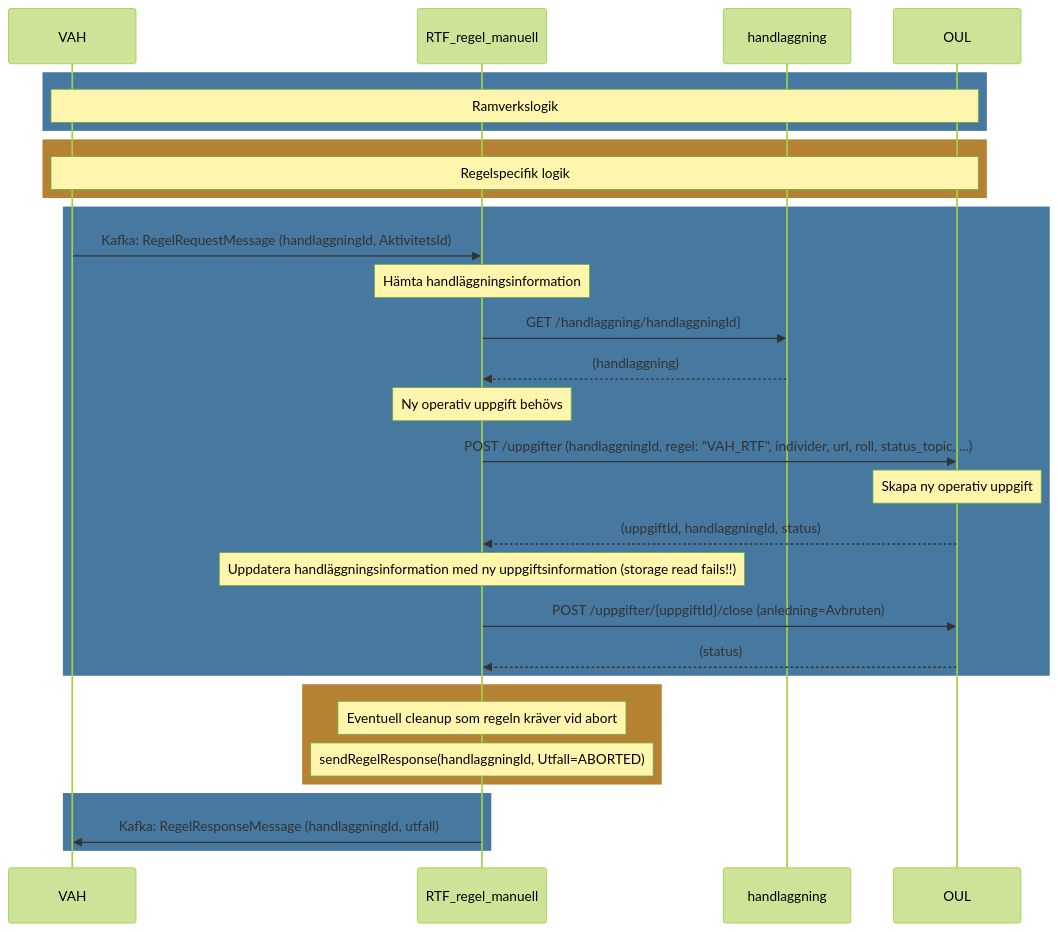
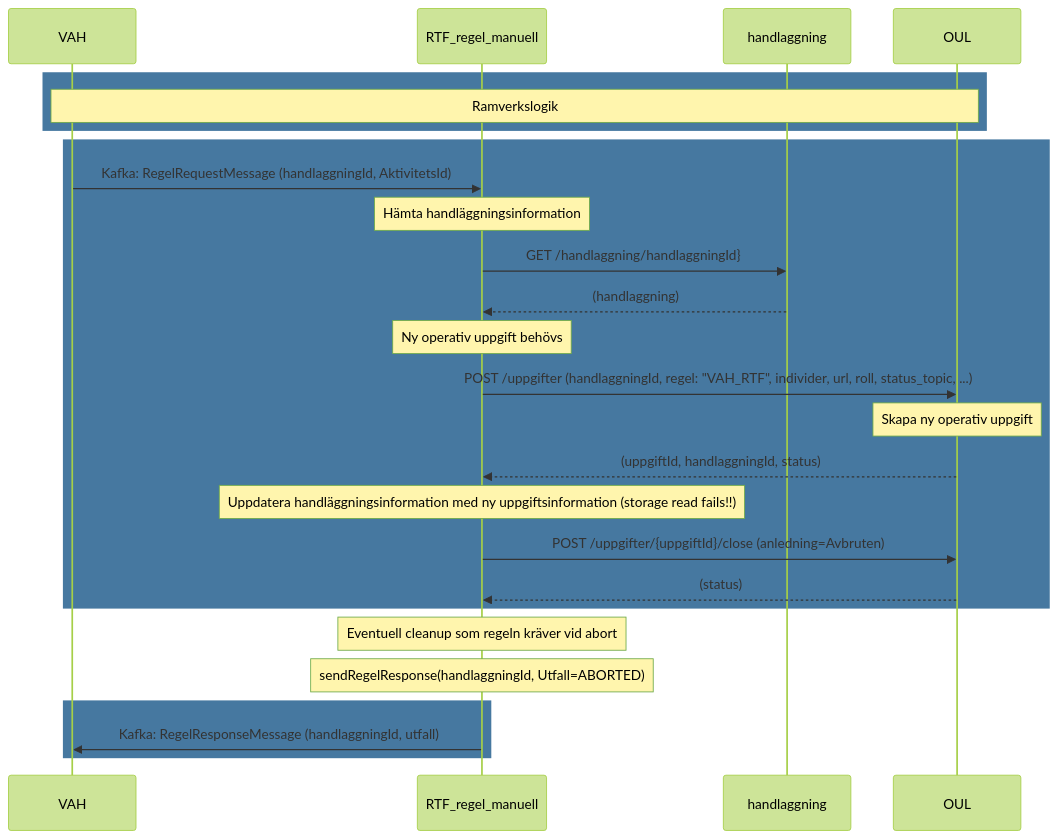
One commit to Forsakringskassan/rimfrost changed the diagram in sequences/ratt_till_forsakring_manuell_storage_read_failure.mmd. Above: the diagram before and after it, drawn with Mermaid (forest theme). The commit also changed 5 other files, not shown here.

Commit message:
fix: remove amber rects, keep only blue framework rects in sequence diagrams

```diff
--- a/sequences/ratt_till_forsakring_manuell_storage_read_failure.mmd
+++ b/sequences/ratt_till_forsakring_manuell_storage_read_failure.mmd
@@ -1,40 +1,35 @@
 sequenceDiagram
 
     participant VAH
     participant RTF_regel_manuell
     participant handlaggning
     participant OUL
 
 rect rgb(70, 120, 160)
     note over VAH,OUL: Ramverkslogik
-end
-rect rgb(180, 130, 50)
-    note over VAH,OUL: Regelspecifik logik
 end
 
 rect rgb(70, 120, 160)
     VAH ->> RTF_regel_manuell: Kafka: RegelRequestMessage (handlaggningId, AktivitetsId)
 
     note over RTF_regel_manuell: Hämta handläggningsinformation
     RTF_regel_manuell ->> handlaggning: GET /handlaggning/handlaggningId}
     handlaggning -->> RTF_regel_manuell: (handlaggning)
 
     note over RTF_regel_manuell: Ny operativ uppgift behövs
     RTF_regel_manuell ->> OUL: POST /uppgifter (handlaggningId, regel: "VAH_RTF", individer, url, roll, status_topic, ...)
     note over OUL: Skapa ny operativ uppgift
     OUL -->> RTF_regel_manuell: (uppgiftId, handlaggningId, status)
 
     note over RTF_regel_manuell: Uppdatera handläggningsinformation med ny uppgiftsinformation (storage read fails!!)
 
     RTF_regel_manuell ->> OUL: POST /uppgifter/{uppgiftId}/close (anledning=Avbruten)
     OUL -->> RTF_regel_manuell: (status)
 end
 
-rect rgb(180, 130, 50)
     note over RTF_regel_manuell: Eventuell cleanup som regeln kräver vid abort
     note over RTF_regel_manuell: sendRegelResponse(handlaggningId, Utfall=ABORTED)
-end
 
 rect rgb(70, 120, 160)
     RTF_regel_manuell ->> VAH: Kafka: RegelResponseMessage (handlaggningId, utfall)
 end
```
